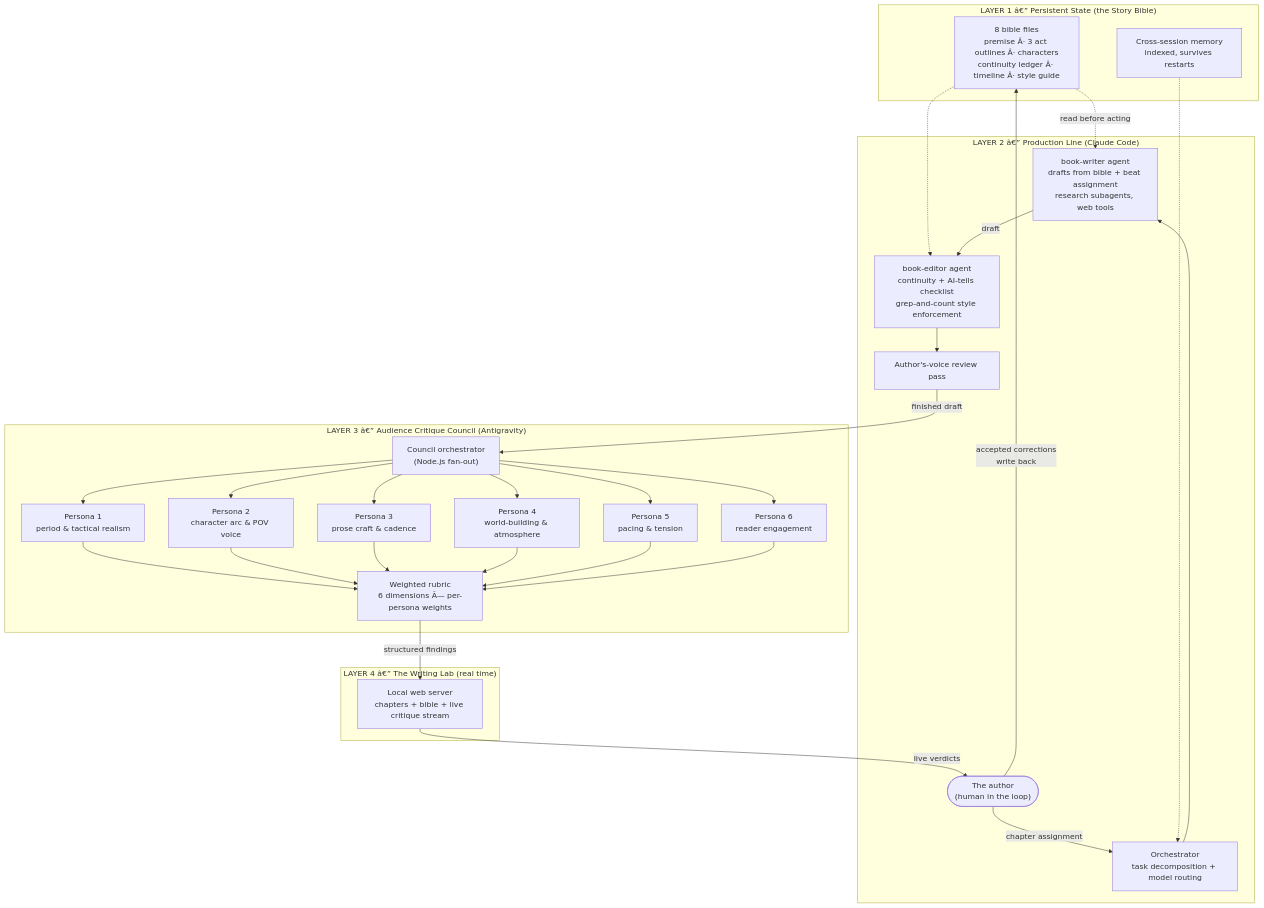
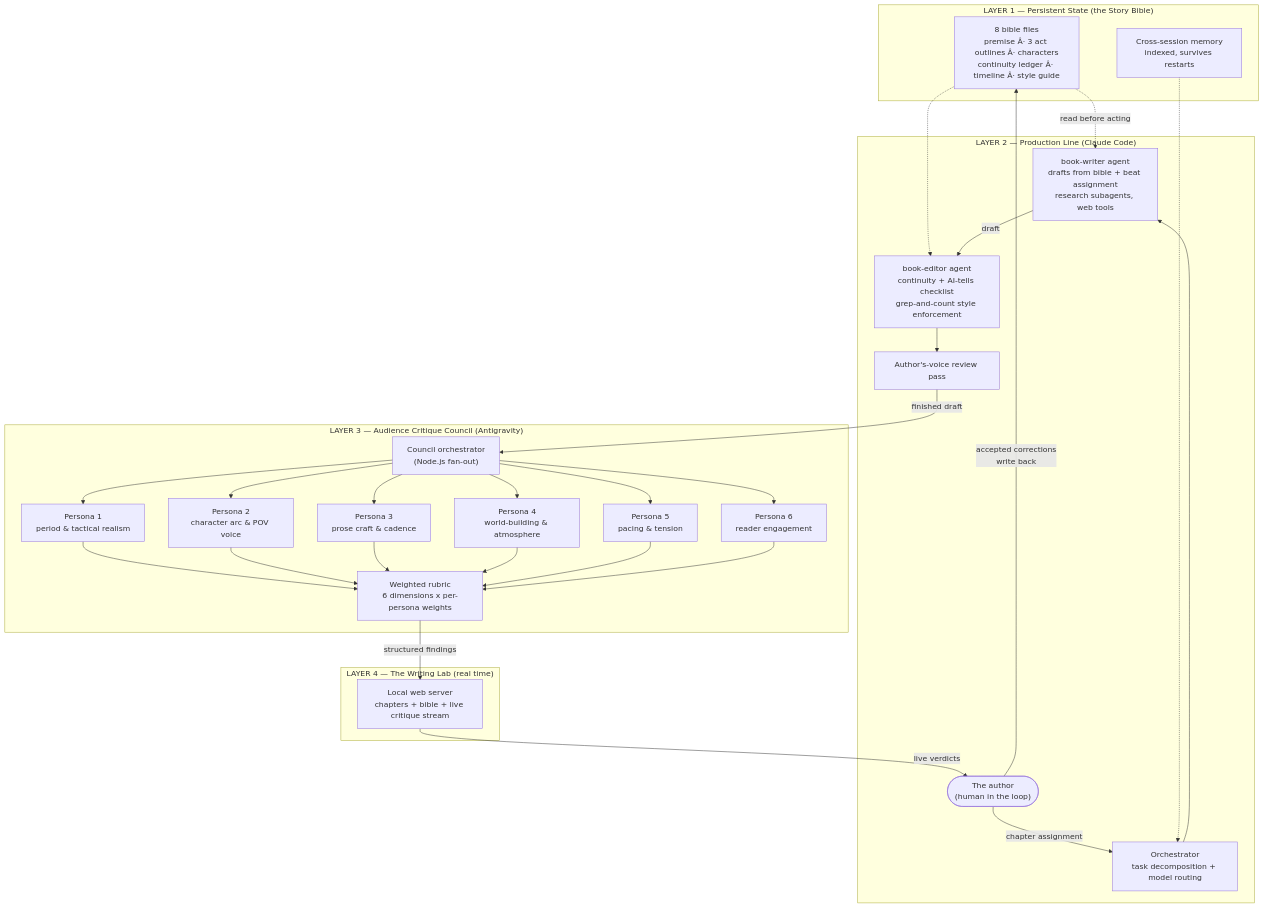
Before and after one commit to cantus-industries/cantusindustries-site: the diagram in netlify/functions/corpus.md, drawn with Mermaid. The commit also changed other lines of this file and 6 other files, not shown here.

````diff
--- a/netlify/functions/corpus.md
+++ b/netlify/functions/corpus.md
@@ -292,44 +292,44 @@
 ```mermaid
 flowchart TD
-    subgraph L1["LAYER 1 â€” Persistent State (the Story Bible)"]
+    subgraph L1["LAYER 1 — Persistent State (the Story Bible)"]
         BIBLE["8 bible files<br/>premise Â· 3 act outlines Â· characters<br/>continuity ledger Â· timeline Â· style guide"]
         MEM["Cross-session memory<br/>indexed, survives restarts"]
     end
 
-    subgraph L2["LAYER 2 â€” Production Line (Claude Code)"]
+    subgraph L2["LAYER 2 — Production Line (Claude Code)"]
         AUTHOR(["The author<br/>(human in the loop)"])
         ORCH["Orchestrator<br/>task decomposition + model routing"]
         WRITER["book-writer agent<br/>drafts from bible + beat assignment<br/>research subagents, web tools"]
         EDITOR["book-editor agent<br/>continuity + AI-tells checklist<br/>grep-and-count style enforcement"]
         VOICE["Author's-voice review pass"]
     end
 
-    subgraph L3["LAYER 3 â€” Audience Critique Council (Antigravity)"]
+    subgraph L3["LAYER 3 — Audience Critique Council (Antigravity)"]
         CO["Council orchestrator<br/>(Node.js fan-out)"]
         P1["Persona 1<br/>period & tactical realism"]
         P2["Persona 2<br/>character arc & POV voice"]
         P3["Persona 3<br/>prose craft & cadence"]
         P4["Persona 4<br/>world-building & atmosphere"]
         P5["Persona 5<br/>pacing & tension"]
         P6["Persona 6<br/>reader engagement"]
-        RUBRIC["Weighted rubric<br/>6 dimensions Ã— per-persona weights"]
+        RUBRIC["Weighted rubric<br/>6 dimensions x per-persona weights"]
     end
 
-    subgraph L4["LAYER 4 â€” The Writing Lab (real time)"]
+    subgraph L4["LAYER 4 — The Writing Lab (real time)"]
         LAB["Local web server<br/>chapters + bible + live critique stream"]
     end
 
     AUTHOR -->|"chapter assignment"| ORCH
     ORCH --> WRITER
     BIBLE -.->|"read before acting"| WRITER
     BIBLE -.-> EDITOR
     MEM -.-> ORCH
     WRITER -->|"draft"| EDITOR
     EDITOR --> VOICE
     VOICE -->|"finished draft"| CO
     CO --> P1 & P2 & P3 & P4 & P5 & P6
     P1 & P2 & P3 & P4 & P5 & P6 --> RUBRIC
     RUBRIC -->|"structured findings"| LAB
     LAB -->|"live verdicts"| AUTHOR
     AUTHOR -->|"accepted corrections<br/>write back"| BIBLE
 ```
````
